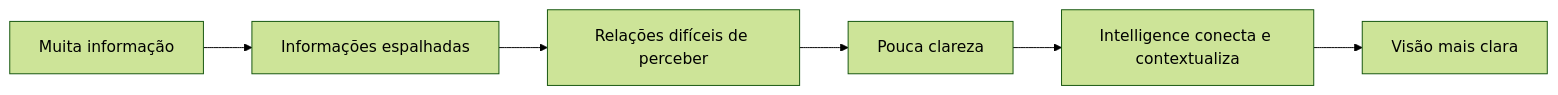
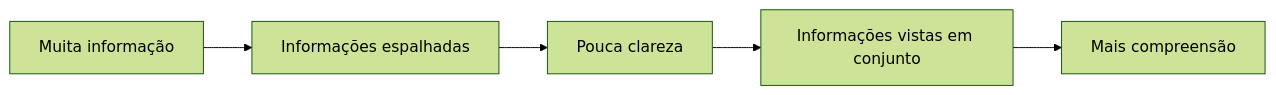
Before and after one commit to guivos-repositorio/Guivos-Knowledge-Repository: the second of 8 diagrams in docs/experience-architecture/public-home-intelligence-conceptual-architecture.md, drawn with Mermaid (forest theme). The commit also changed other lines of this file and 2 other files, not shown here.

Commit message:
GKR: corrigir copy da Home Intelligence v1

````diff
--- a/docs/experience-architecture/public-home-intelligence-conceptual-architecture.md
+++ b/docs/experience-architecture/public-home-intelligence-conceptual-architecture.md
@@ -255,8 +267,7 @@
 ```mermaid
 flowchart LR
     A[Muita informação] --> B[Informações espalhadas]
-    B --> C[Relações difíceis de perceber]
-    C --> D[Pouca clareza]
-    D --> E[Intelligence conecta e contextualiza]
-    E --> F[Visão mais clara]
+    B --> C[Pouca clareza]
+    C --> D[Informações vistas em conjunto]
+    D --> E[Mais compreensão]
 ```
````
